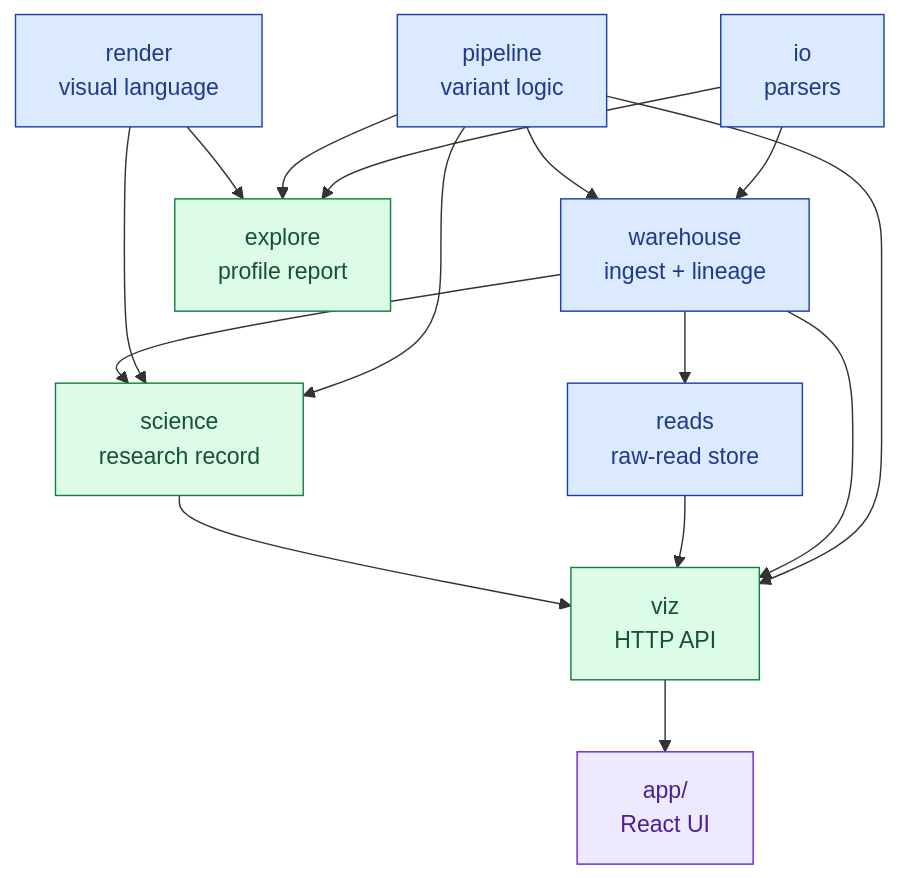
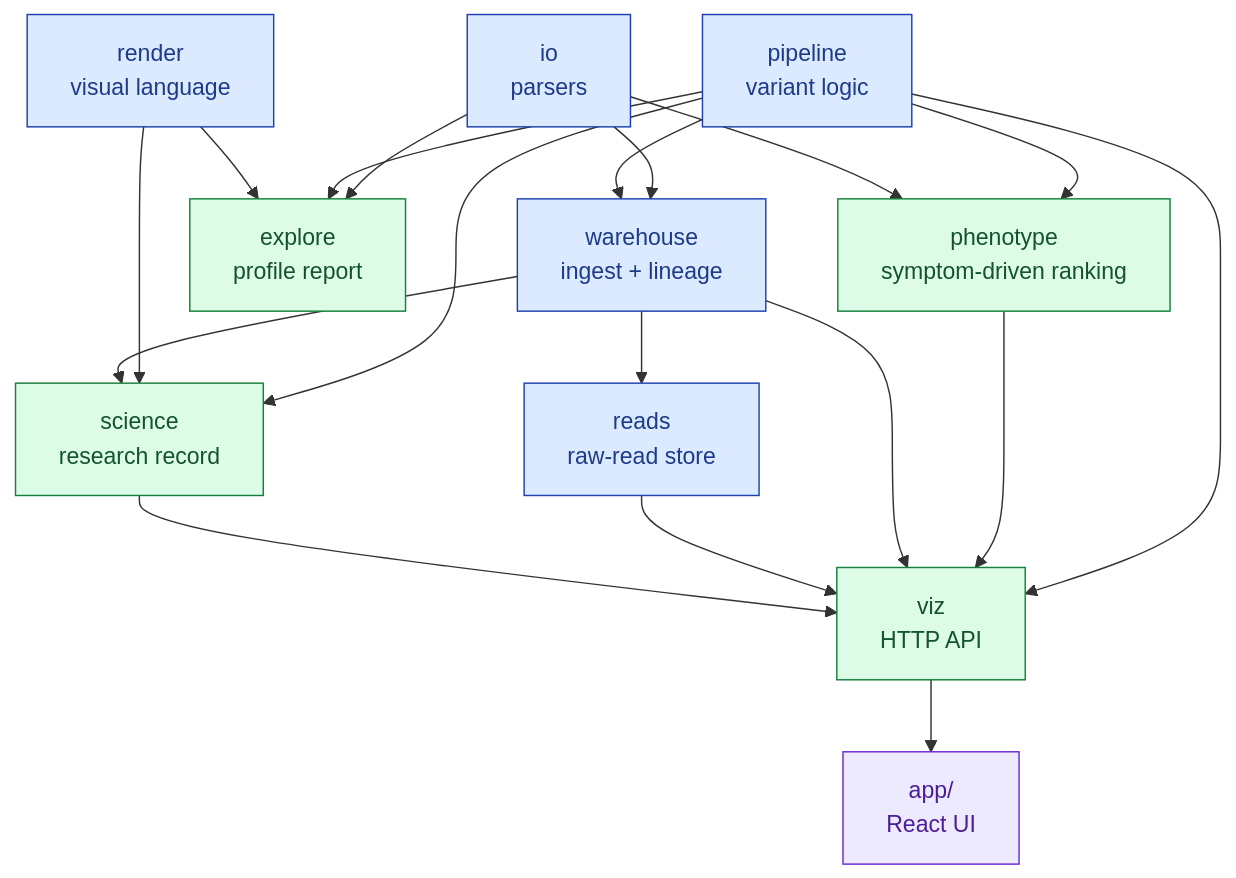
The diagram in src/mva/README.md (agharsallah/mva-hackathon), drawn with Mermaid before and after one commit. The commit also changed other lines of this file and 7 other files, not shown here.

````diff
--- a/src/mva/README.md
+++ b/src/mva/README.md
@@ -21,31 +22,35 @@
 ```mermaid
 graph TD
     io[io<br/>parsers]:::machine
     render[render<br/>visual language]:::machine
     pipeline[pipeline<br/>variant logic]:::machine
     warehouse[warehouse<br/>ingest + lineage]:::machine
     reads[reads<br/>raw-read store]:::machine
     science[science<br/>research record]:::goal
     explore[explore<br/>profile report]:::goal
     viz[viz<br/>HTTP API]:::goal
     app[app/<br/>React UI]:::raw
 
     io --> warehouse
     io --> explore
     pipeline --> warehouse
     pipeline --> science
     pipeline --> explore
     pipeline --> viz
+    phenotype[phenotype<br/>symptom-driven ranking]:::goal
+    pipeline --> phenotype
+    io --> phenotype
+    phenotype --> viz
     render --> science
     render --> explore
     warehouse --> science
     warehouse --> reads
     warehouse --> viz
     reads --> viz
     science --> viz
     viz --> app
 
     classDef machine fill:#dbeafe,stroke:#1e40af,color:#1e3a8a
     classDef goal fill:#dcfce7,stroke:#15803d,color:#14532d
     classDef raw fill:#ede9fe,stroke:#6d28d9,color:#4c1d95
 ```
````
